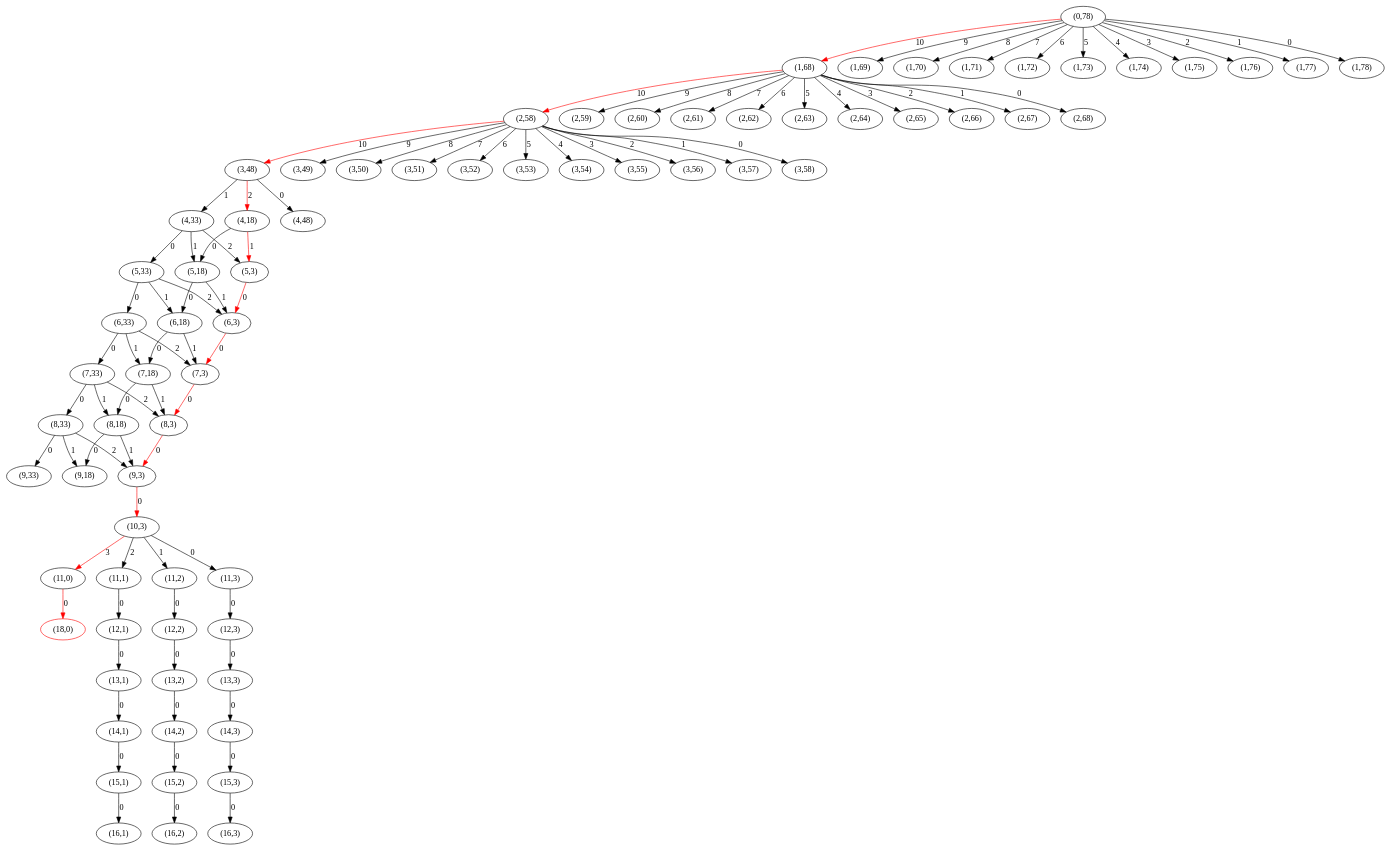
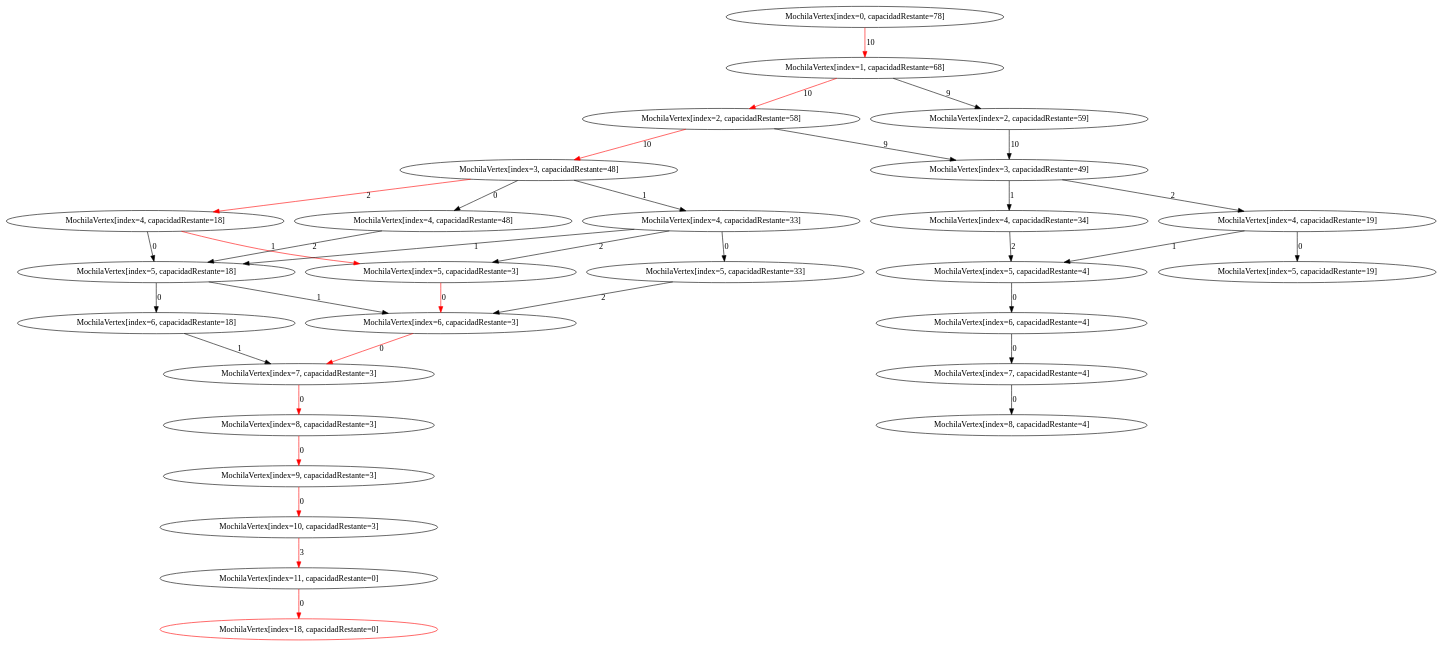
Before and after one commit to migueltoro/ada_v2_18: the diagram in java/EjemplosAlgoritmos/ficheros/MochilaBTGraph2.gv, drawn with Graphviz. The commit also changed 33 other files, not shown here.

```diff
--- a/java/EjemplosAlgoritmos/ficheros/MochilaBTGraph2.gv
+++ b/java/EjemplosAlgoritmos/ficheros/MochilaBTGraph2.gv
@@ -1,161 +1,63 @@
 strict digraph G {
-  1 [ label="(0,78)" ];
-  2 [ label="(1,68)" ];
-  3 [ label="(1,69)" ];
-  4 [ label="(1,70)" ];
-  5 [ label="(1,71)" ];
-  6 [ label="(1,72)" ];
-  7 [ label="(1,73)" ];
-  8 [ label="(1,74)" ];
-  9 [ label="(1,75)" ];
-  10 [ label="(1,76)" ];
-  11 [ label="(1,77)" ];
-  12 [ label="(1,78)" ];
-  13 [ label="(2,58)" ];
-  14 [ label="(2,59)" ];
-  15 [ label="(2,60)" ];
-  16 [ label="(2,61)" ];
-  17 [ label="(2,62)" ];
-  18 [ label="(2,63)" ];
-  19 [ label="(2,64)" ];
-  20 [ label="(2,65)" ];
-  21 [ label="(2,66)" ];
-  22 [ label="(2,67)" ];
-  23 [ label="(2,68)" ];
-  24 [ label="(3,48)" ];
-  25 [ label="(3,49)" ];
-  26 [ label="(3,50)" ];
-  27 [ label="(3,51)" ];
-  28 [ label="(3,52)" ];
-  29 [ label="(3,53)" ];
-  30 [ label="(3,54)" ];
-  31 [ label="(3,55)" ];
-  32 [ label="(3,56)" ];
-  33 [ label="(3,57)" ];
-  34 [ label="(3,58)" ];
-  35 [ label="(4,18)" ];
-  36 [ label="(4,33)" ];
-  37 [ label="(4,48)" ];
-  38 [ label="(5,3)" ];
-  39 [ label="(5,18)" ];
-  40 [ label="(6,3)" ];
-  41 [ label="(6,18)" ];
-  42 [ label="(5,33)" ];
-  43 [ label="(7,3)" ];
-  44 [ label="(6,33)" ];
-  45 [ label="(8,3)" ];
-  46 [ label="(9,3)" ];
-  47 [ label="(10,3)" ];
-  48 [ label="(7,18)" ];
-  49 [ label="(8,18)" ];
-  50 [ label="(9,18)" ];
-  51 [ label="(7,33)" ];
-  52 [ label="(8,33)" ];
-  53 [ label="(9,33)" ];
-  54 [ label="(11,0)" ];
-  55 [ label="(11,1)" ];
-  56 [ label="(11,2)" ];
-  57 [ label="(11,3)" ];
-  58 [ color="red" label="(18,0)" ];
-  59 [ label="(12,1)" ];
-  60 [ label="(13,1)" ];
-  61 [ label="(12,2)" ];
-  62 [ label="(14,1)" ];
-  63 [ label="(13,2)" ];
-  64 [ label="(12,3)" ];
-  65 [ label="(14,2)" ];
-  66 [ label="(13,3)" ];
-  67 [ label="(15,1)" ];
-  68 [ label="(16,1)" ];
-  69 [ label="(14,3)" ];
-  70 [ label="(15,2)" ];
-  71 [ label="(16,2)" ];
-  72 [ label="(15,3)" ];
-  73 [ label="(16,3)" ];
+  1 [ label="MochilaVertex[index=0, capacidadRestante=78]" ];
+  2 [ label="MochilaVertex[index=1, capacidadRestante=68]" ];
+  3 [ label="MochilaVertex[index=2, capacidadRestante=58]" ];
+  4 [ label="MochilaVertex[index=3, capacidadRestante=48]" ];
+  5 [ label="MochilaVertex[index=4, capacidadRestante=18]" ];
+  6 [ label="MochilaVertex[index=5, capacidadRestante=3]" ];
+  7 [ label="MochilaVertex[index=6, capacidadRestante=3]" ];
+  8 [ label="MochilaVertex[index=7, capacidadRestante=3]" ];
+  9 [ label="MochilaVertex[index=8, capacidadRestante=3]" ];
+  10 [ label="MochilaVertex[index=9, capacidadRestante=3]" ];
+  11 [ label="MochilaVertex[index=10, capacidadRestante=3]" ];
+  12 [ label="MochilaVertex[index=11, capacidadRestante=0]" ];
+  13 [ color="red" label="MochilaVertex[index=18, capacidadRestante=0]" ];
+  14 [ label="MochilaVertex[index=5, capacidadRestante=18]" ];
+  15 [ label="MochilaVertex[index=6, capacidadRestante=18]" ];
+  16 [ label="MochilaVertex[index=4, capacidadRestante=33]" ];
+  17 [ label="MochilaVertex[index=5, capacidadRestante=33]" ];
+  18 [ label="MochilaVertex[index=4, capacidadRestante=48]" ];
+  19 [ label="MochilaVertex[index=3, capacidadRestante=49]" ];
+  20 [ label="MochilaVertex[index=4, capacidadRestante=19]" ];
+  21 [ label="MochilaVertex[index=5, capacidadRestante=4]" ];
+  22 [ label="MochilaVertex[index=6, capacidadRestante=4]" ];
+  23 [ label="MochilaVertex[index=7, capacidadRestante=4]" ];
+  24 [ label="MochilaVertex[index=8, capacidadRestante=4]" ];
+  25 [ label="MochilaVertex[index=5, capacidadRestante=19]" ];
+  26 [ label="MochilaVertex[index=4, capacidadRestante=34]" ];
+  27 [ label="MochilaVertex[index=2, capacidadRestante=59]" ];
+  12 -> 13 [ color="red" label="0" ];
+  11 -> 12 [ color="red" label="3" ];
+  10 -> 11 [ color="red" label="0" ];
+  9 -> 10 [ color="red" label="0" ];
+  8 -> 9 [ color="red" label="0" ];
+  7 -> 8 [ color="red" label="0" ];
+  6 -> 7 [ color="red" label="0" ];
+  5 -> 6 [ color="red" label="1" ];
+  14 -> 7 [ label="1" ];
+  15 -> 8 [ label="1" ];
+  14 -> 15 [ label="0" ];
+  5 -> 14 [ label="0" ];
+  4 -> 5 [ color="red" label="2" ];
+  16 -> 6 [ label="2" ];
+  16 -> 14 [ label="1" ];
+  17 -> 7 [ label="2" ];
+  16 -> 17 [ label="0" ];
+  4 -> 16 [ label="1" ];
+  18 -> 14 [ label="2" ];
+  4 -> 18 [ label="0" ];
+  3 -> 4 [ color="red" label="10" ];
+  23 -> 24 [ label="0" ];
+  22 -> 23 [ label="0" ];
+  21 -> 22 [ label="0" ];
+  20 -> 21 [ label="1" ];
+  20 -> 25 [ label="0" ];
+  19 -> 20 [ label="2" ];
+  26 -> 21 [ label="2" ];
+  19 -> 26 [ label="1" ];
+  3 -> 19 [ label="9" ];
+  2 -> 3 [ color="red" label="10" ];
+  27 -> 19 [ label="10" ];
+  2 -> 27 [ label="9" ];
   1 -> 2 [ color="red" label="10" ];
-  1 -> 3 [ label="9" ];
-  1 -> 4 [ label="8" ];
-  1 -> 5 [ label="7" ];
-  1 -> 6 [ label="6" ];
-  1 -> 7 [ label="5" ];
-  1 -> 8 [ label="4" ];
-  1 -> 9 [ label="3" ];
-  1 -> 10 [ label="2" ];
-  1 -> 11 [ label="1" ];
-  1 -> 12 [ label="0" ];
-  2 -> 13 [ color="red" label="10" ];
-  2 -> 14 [ label="9" ];
-  2 -> 15 [ label="8" ];
-  2 -> 16 [ label="7" ];
-  2 -> 17 [ label="6" ];
-  2 -> 18 [ label="5" ];
-  2 -> 19 [ label="4" ];
-  2 -> 20 [ label="3" ];
-  2 -> 21 [ label="2" ];
-  2 -> 22 [ label="1" ];
-  2 -> 23 [ label="0" ];
-  13 -> 24 [ color="red" label="10" ];
-  13 -> 25 [ label="9" ];
-  13 -> 26 [ label="8" ];
-  13 -> 27 [ label="7" ];
-  13 -> 28 [ label="6" ];
-  13 -> 29 [ label="5" ];
-  13 -> 30 [ label="4" ];
-  13 -> 31 [ label="3" ];
-  13 -> 32 [ label="2" ];
-  13 -> 33 [ label="1" ];
-  13 -> 34 [ label="0" ];
-  24 -> 35 [ color="red" label="2" ];
-  24 -> 36 [ label="1" ];
-  24 -> 37 [ label="0" ];
-  35 -> 38 [ color="red" label="1" ];
-  35 -> 39 [ label="0" ];
-  38 -> 40 [ color="red" label="0" ];
-  39 -> 40 [ label="1" ];
-  39 -> 41 [ label="0" ];
-  36 -> 38 [ label="2" ];
-  36 -> 39 [ label="1" ];
-  36 -> 42 [ label="0" ];
-  40 -> 43 [ color="red" label="0" ];
-  42 -> 40 [ label="2" ];
-  42 -> 41 [ label="1" ];
-  42 -> 44 [ label="0" ];
-  43 -> 45 [ color="red" label="0" ];
-  45 -> 46 [ color="red" label="0" ];
-  46 -> 47 [ color="red" label="0" ];
-  41 -> 43 [ label="1" ];
-  41 -> 48 [ label="0" ];
-  48 -> 45 [ label="1" ];
-  48 -> 49 [ label="0" ];
-  49 -> 46 [ label="1" ];
-  49 -> 50 [ label="0" ];
-  44 -> 43 [ label="2" ];
-  44 -> 48 [ label="1" ];
-  44 -> 51 [ label="0" ];
-  51 -> 45 [ label="2" ];
-  51 -> 49 [ label="1" ];
-  51 -> 52 [ label="0" ];
-  52 -> 46 [ label="2" ];
-  52 -> 50 [ label="1" ];
-  52 -> 53 [ label="0" ];
-  47 -> 54 [ color="red" label="3" ];
-  47 -> 55 [ label="2" ];
-  47 -> 56 [ label="1" ];
-  47 -> 57 [ label="0" ];
-  54 -> 58 [ color="red" label="0" ];
-  55 -> 59 [ label="0" ];
-  59 -> 60 [ label="0" ];
-  56 -> 61 [ label="0" ];
-  60 -> 62 [ label="0" ];
-  61 -> 63 [ label="0" ];
-  57 -> 64 [ label="0" ];
-  63 -> 65 [ label="0" ];
-  64 -> 66 [ label="0" ];
-  62 -> 67 [ label="0" ];
-  67 -> 68 [ label="0" ];
-  66 -> 69 [ label="0" ];
-  65 -> 70 [ label="0" ];
-  70 -> 71 [ label="0" ];
-  69 -> 72 [ label="0" ];
-  72 -> 73 [ label="0" ];
 }
```
